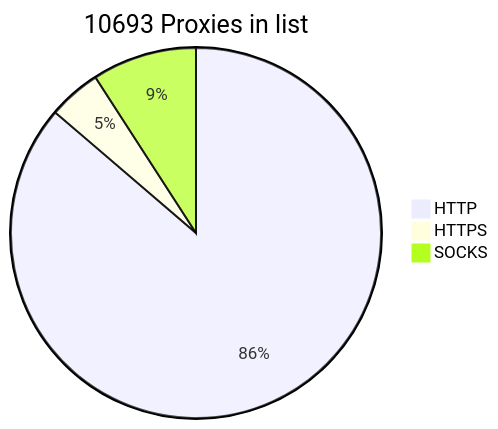
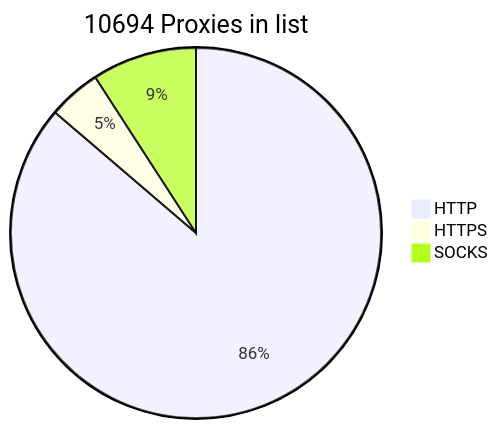
The diagram in README.md (BlackSnowDot/proxylist-update-every-minute), drawn with Mermaid before and after one commit.

````diff
--- a/README.md
+++ b/README.md
@@ -2,6 +2,6 @@
 ```mermaid
-pie title 10693 Proxies in list
+pie title 10694 Proxies in list
     "HTTP" : 9225
     "HTTPS": 492
-    "SOCKS" : 976
+    "SOCKS" : 977
 ```
````
